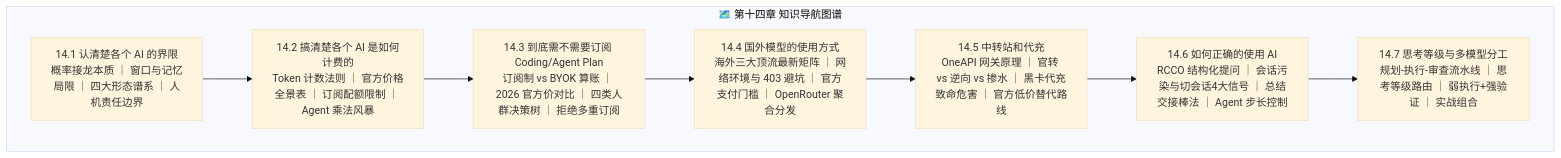
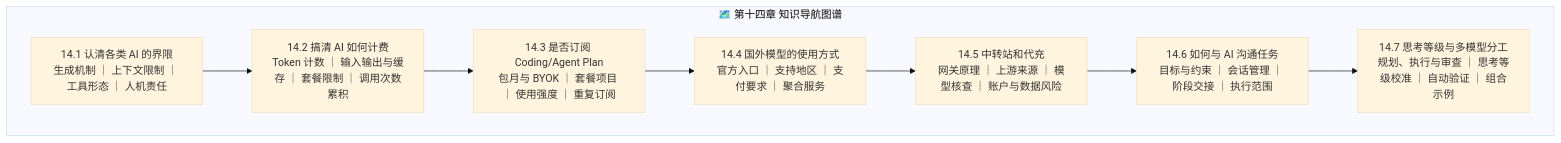
The diagram in 14_如何正确的使用agent工具/README.md (buffer121328/vibe-coding-and-agents), drawn with Mermaid (base theme) before and after one commit. The commit also changed other lines of this file and 147 other files, not shown here.

````diff
--- a/14_如何正确的使用agent工具/README.md
+++ b/14_如何正确的使用agent工具/README.md
@@ -22,14 +20,14 @@
 ```mermaid
 flowchart TD
     subgraph Map14 ["🗺️ 第十四章 知识导航图谱"]
-        S1["14.1 认清楚各个 AI 的界限<br/>概率接龙本质 ｜ 窗口与记忆局限 ｜ 四大形态谱系 ｜ 人机责任边界"]
-        S2["14.2 搞清楚各个 AI 是如何计费的<br/>Token 计数法则 ｜ 官方价格全景表 ｜ 订阅配额限制 ｜ Agent 乘法风暴"]
-        S3["14.3 到底需不需要订阅 Coding/Agent Plan<br/>订阅制 vs BYOK 算账 ｜ 2026 官方价对比 ｜ 四类人群决策树 ｜ 拒绝多重订阅"]
-        S4["14.4 国外模型的使用方式<br/>海外三大顶流最新矩阵 ｜ 网络环境与 403 避坑 ｜ 官方支付门槛 ｜ OpenRouter 聚合分发"]
-        S5["14.5 中转站和代充<br/>OneAPI 网关原理 ｜ 官转 vs 逆向 vs 掺水 ｜ 黑卡代充致命危害 ｜ 官方低价替代路线"]
-        S6["14.6 如何正确的使用 AI<br/>RCCO 结构化提问 ｜ 会话污染与切会话4大信号 ｜ 总结交接棒法 ｜ Agent 步长控制"]
-        S7["14.7 思考等级与多模型分工<br/>规划-执行-审查流水线 ｜ 思考等级路由 ｜ 弱执行+强验证 ｜ 实战组合"]
+        S1["14.1 认清各类 AI 的界限<br/>生成机制 ｜ 上下文限制 ｜ 工具形态 ｜ 人机责任"]
+        S2["14.2 搞清 AI 如何计费<br/>Token 计数 ｜ 输入输出与缓存 ｜ 套餐限制 ｜ 调用次数累积"]
+        S3["14.3 是否订阅 Coding/Agent Plan<br/>包月与 BYOK ｜ 套餐项目 ｜ 使用强度 ｜ 重复订阅"]
+        S4["14.4 国外模型的使用方式<br/>官方入口 ｜ 支持地区 ｜ 支付要求 ｜ 聚合服务"]
+        S5["14.5 中转站和代充<br/>网关原理 ｜ 上游来源 ｜ 模型核查 ｜ 账户与数据风险"]
+        S6["14.6 如何与 AI 沟通任务<br/>目标与约束 ｜ 会话管理 ｜ 阶段交接 ｜ 执行范围"]
+        S7["14.7 思考等级与多模型分工<br/>规划、执行与审查 ｜ 思考等级校准 ｜ 自动验证 ｜ 组合示例"]
     end
 
     S1 --> S2 --> S3 --> S4 --> S5 --> S6 --> S7
 ```
````
